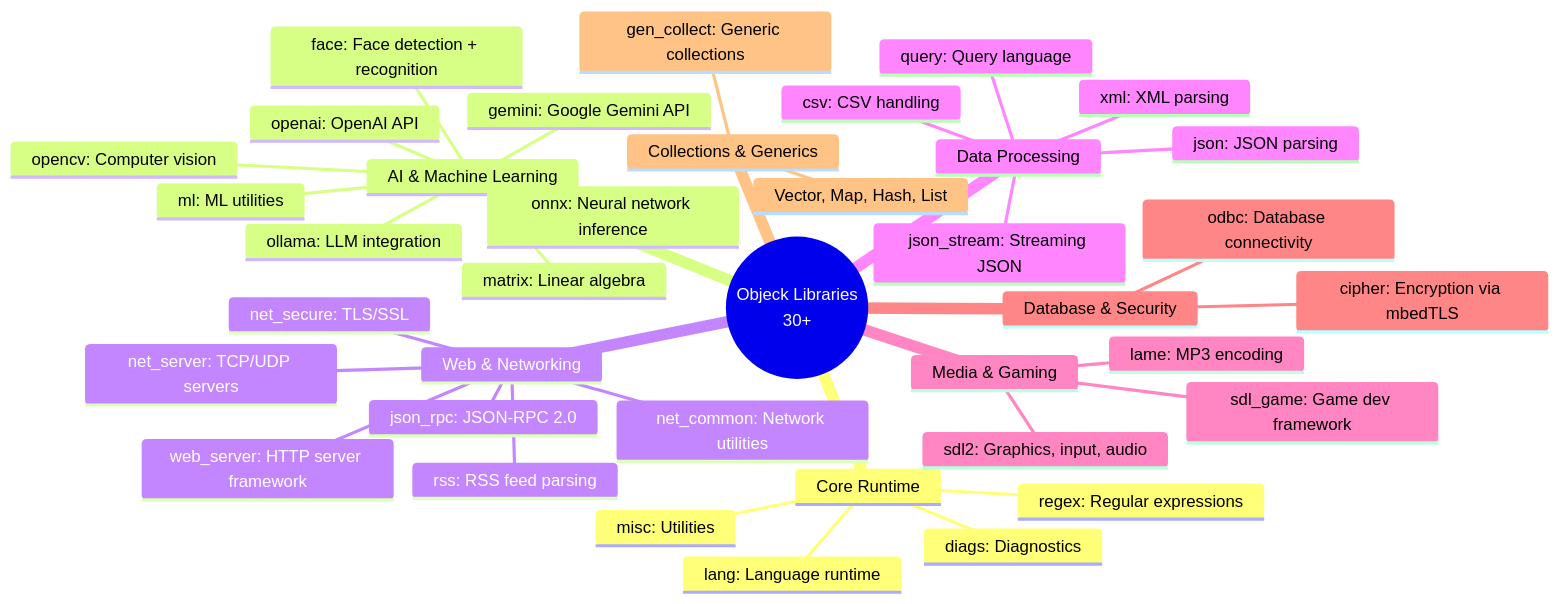
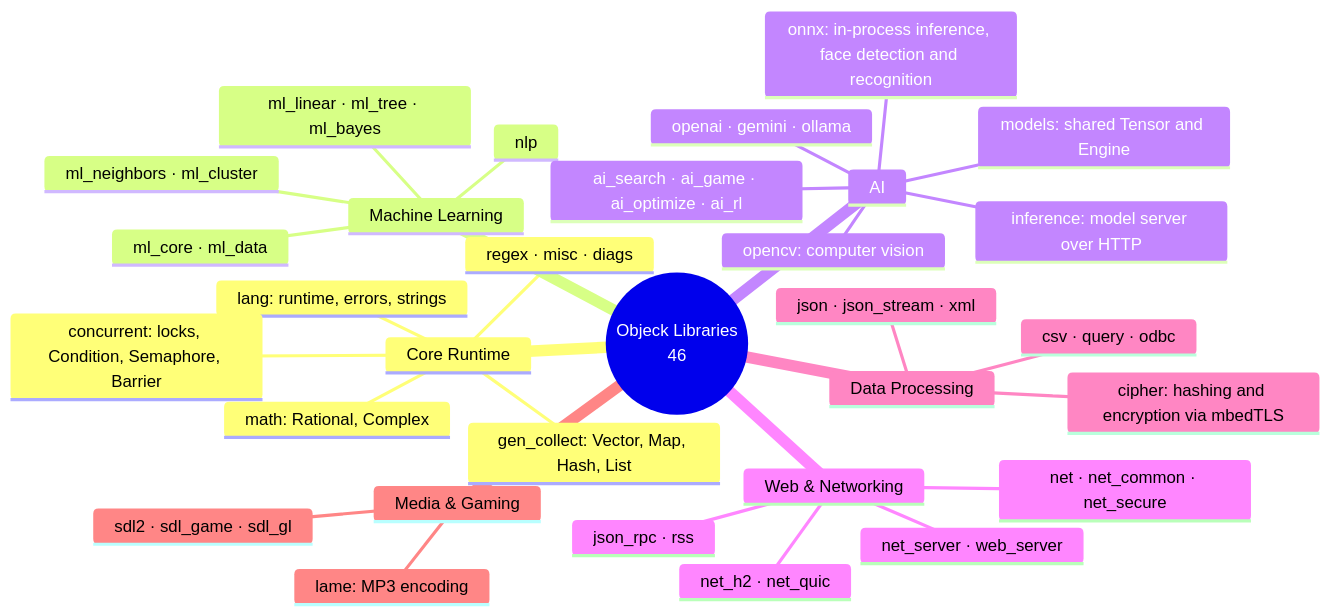
The tenth of 24 diagrams in docs/architecture.md (objeck/objeck-lang), drawn with Mermaid before and after one commit. The commit also changed other lines of this file and 35 other files, not shown here.

First line of the commit message:
chore: remove unused docs and assets; bring architecture.md up to date

````diff
--- a/docs/architecture.md
+++ b/docs/architecture.md
@@ -531,42 +495,35 @@
 ```mermaid
 mindmap
     root((Objeck Libraries
-    30+))
+    46))
         Core Runtime
-            lang: Language runtime
-            misc: Utilities
-            regex: Regular expressions
-            diags: Diagnostics
-        AI & Machine Learning
-            onnx: Neural network inference
-            ollama: LLM integration
-            openai: OpenAI API
-            gemini: Google Gemini API
-            ml: ML utilities
-            opencv: Computer vision
-            face: Face detection + recognition
-            matrix: Linear algebra
+            lang: runtime, errors, strings
+            gen_collect: Vector, Map, Hash, List
+            concurrent: locks, Condition, Semaphore, Barrier
+            math: Rational, Complex
+            regex · misc · diags
+        Machine Learning
+            ml_core · ml_data
+            ml_linear · ml_tree · ml_bayes
+            ml_neighbors · ml_cluster
+            nlp
+        AI
+            onnx: in-process inference, face detection and recognition
+            inference: model server over HTTP
+            models: shared Tensor and Engine
+            openai · gemini · ollama
+            ai_search · ai_game · ai_optimize · ai_rl
+            opencv: computer vision
         Web & Networking
-            web_server: HTTP server framework
-            json_rpc: JSON-RPC 2.0
-            net_server: TCP/UDP servers
-            net_secure: TLS/SSL
-            net_common: Network utilities
-            rss: RSS feed parsing
+            net · net_common · net_secure
+            net_h2 · net_quic
+            net_server · web_server
+            json_rpc · rss
         Data Processing
-            json: JSON parsing
-            xml: XML parsing
-            csv: CSV handling
-            query: Query language
-            json_stream: Streaming JSON
+            json · json_stream · xml
+            csv · query · odbc
+            cipher: hashing and encryption via mbedTLS
         Media & Gaming
-            sdl2: Graphics, input, audio
-            sdl_game: Game dev framework
+            sdl2 · sdl_game · sdl_gl
             lame: MP3 encoding
-        Database & Security
-            odbc: Database connectivity
-            cipher: Encryption via mbedTLS
-        Collections & Generics
-            gen_collect: Generic collections
-            Vector, Map, Hash, List
 ```
````
